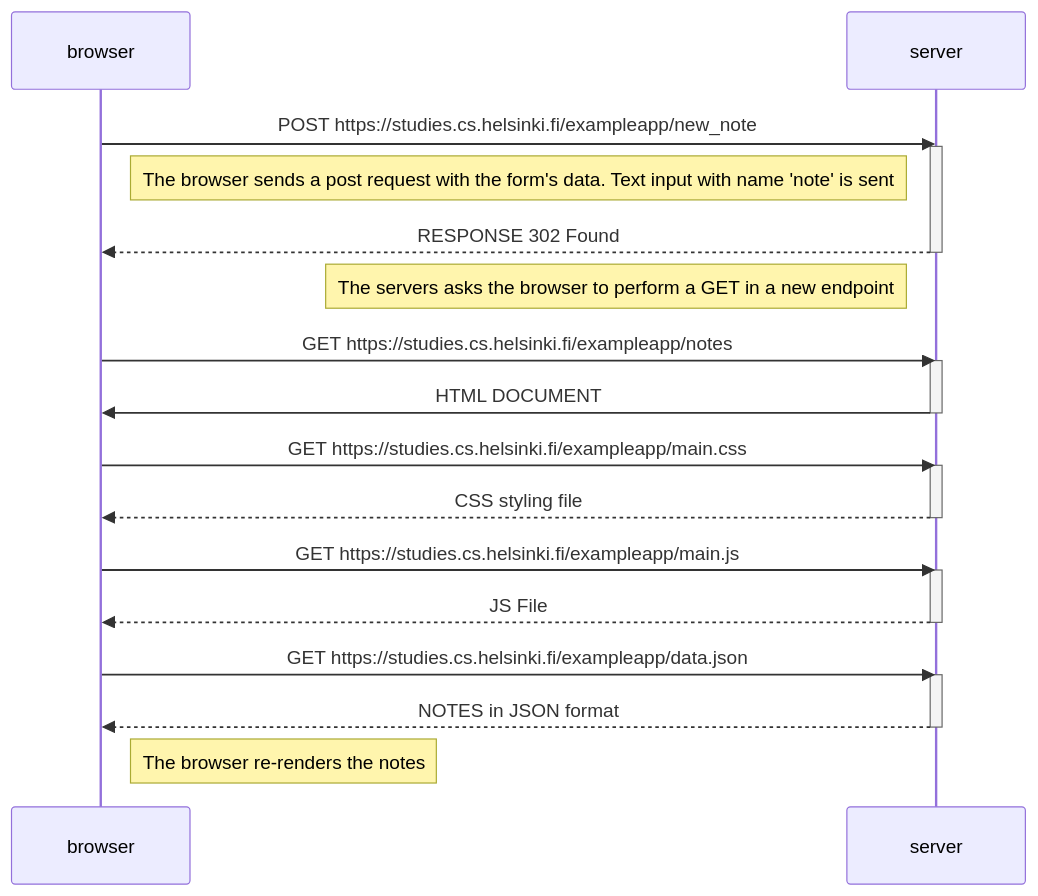
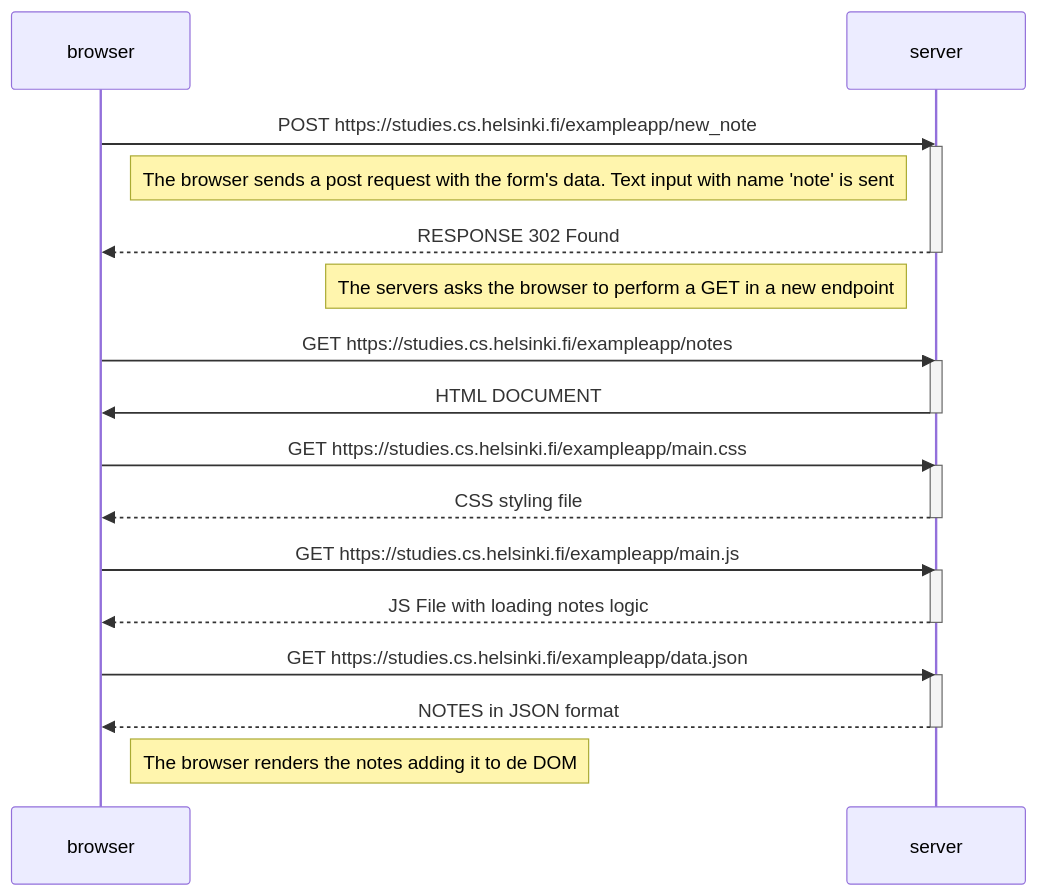
One commit to w1sec0d/fullstack-course changed the diagram in part0/0.4 Note Diagram/diagram.md. Above: the diagram before and after it, drawn with Mermaid.

Commit message:
Updates 0.4 diagram

````diff
--- a/part0/0.4 Note Diagram/diagram.md
+++ b/part0/0.4 Note Diagram/diagram.md
@@ -1,34 +1,34 @@
 ```mermaid
 sequenceDiagram
     participant browser
     participant server
 
     browser->>server: POST https://studies.cs.helsinki.fi/exampleapp/new_note
     activate server
     Note right of browser: The browser sends a post request with the form's data. Text input with name 'note' is sent
     server-->>browser: RESPONSE 302 Found
     deactivate server
     Note left of server: The servers asks the browser to perform a GET in a new endpoint
 
     browser->>server: GET https://studies.cs.helsinki.fi/exampleapp/notes
     activate server
     server->>browser: HTML DOCUMENT
     deactivate server
 
     browser->>server: GET https://studies.cs.helsinki.fi/exampleapp/main.css
     activate server
     server-->>browser: CSS styling file
     deactivate server
 
     browser->>server: GET https://studies.cs.helsinki.fi/exampleapp/main.js
     activate server
-    server-->>browser: JS File 
+    server-->>browser: JS File with loading notes logic
     deactivate server
 
     browser->>server: GET https://studies.cs.helsinki.fi/exampleapp/data.json
     activate server
     server-->>browser: NOTES in JSON format
     deactivate server
 
-    Note right of browser: The browser re-renders the notes
+    Note right of browser: The browser renders the notes adding it to de DOM
 ```
````
